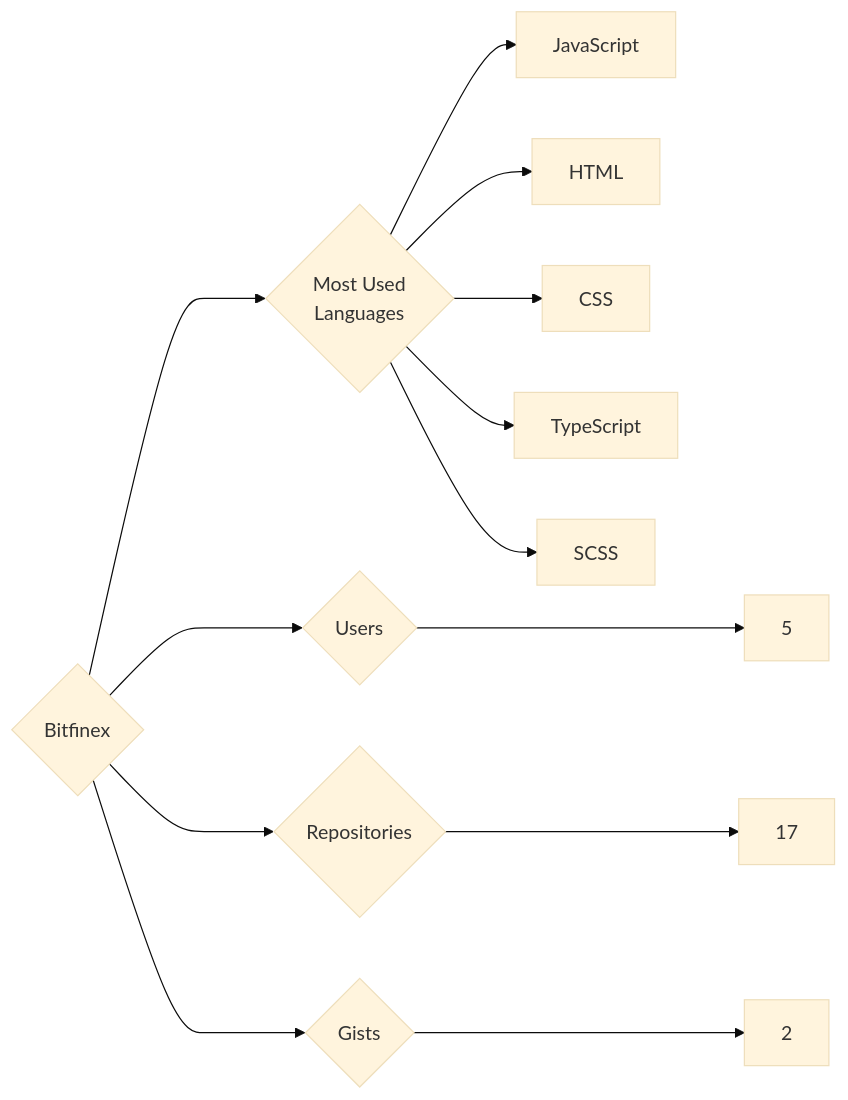
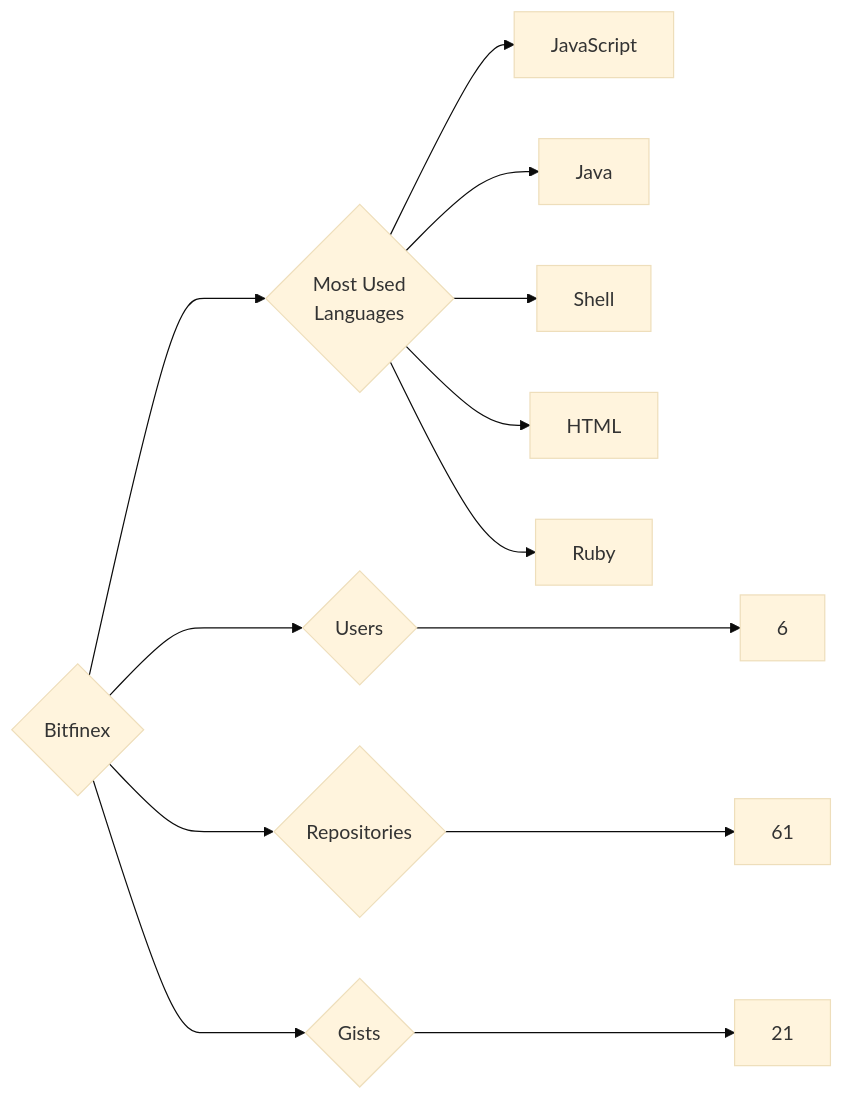
The diagram in targets/Bitfinex/README.md (trickest/insiders), drawn with Mermaid (base theme) before and after one commit. The commit also changed 1020 other files, not shown here.

````diff
--- a/targets/Bitfinex/README.md
+++ b/targets/Bitfinex/README.md
@@ -3,13 +3,13 @@
 ```mermaid
 graph LR
 COMPANY_NAME{Bitfinex}
-COMPANY_NAME ---> U{Users} ---> UN[5]
-COMPANY_NAME ---> R{Repositories} ---> RN[17]
-COMPANY_NAME ---> G{Gists} ---> GN[2]
+COMPANY_NAME ---> U{Users} ---> UN[6]
+COMPANY_NAME ---> R{Repositories} ---> RN[61]
+COMPANY_NAME ---> G{Gists} ---> GN[21]
 COMPANY_NAME ---> ML{Most Used<br>Languages}
 ML --> JavaScript[JavaScript]
+ML --> Java[Java]
+ML --> Shell[Shell]
 ML --> HTML[HTML]
-ML --> CSS[CSS]
-ML --> TypeScript[TypeScript]
-ML --> SCSS[SCSS]
+ML --> Ruby[Ruby]
 ```
````
